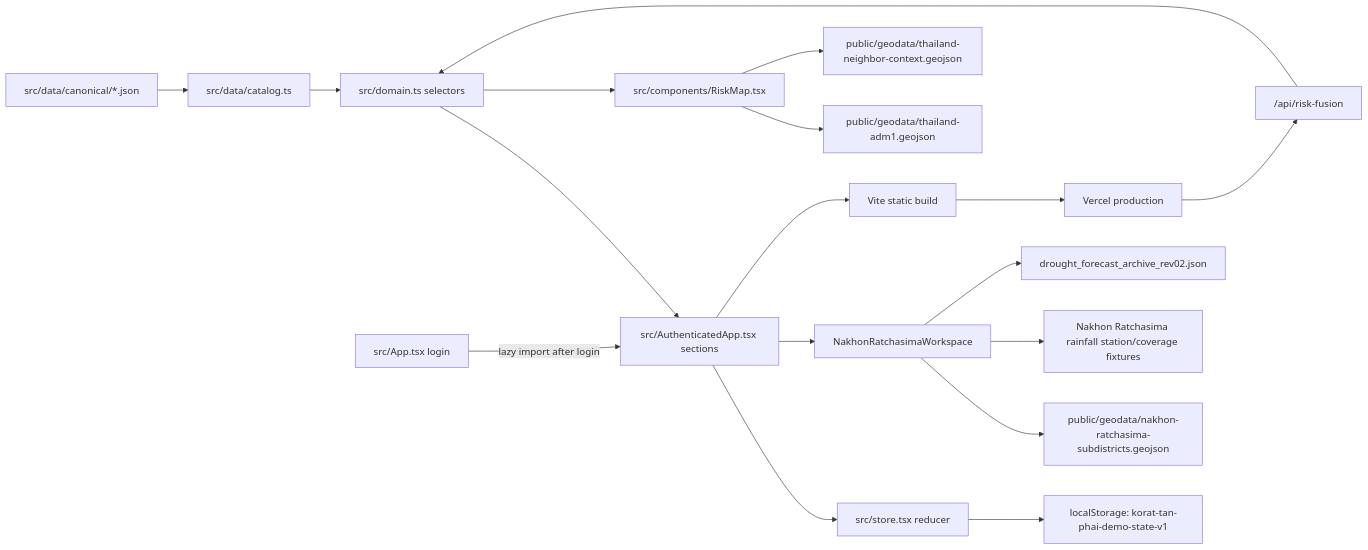
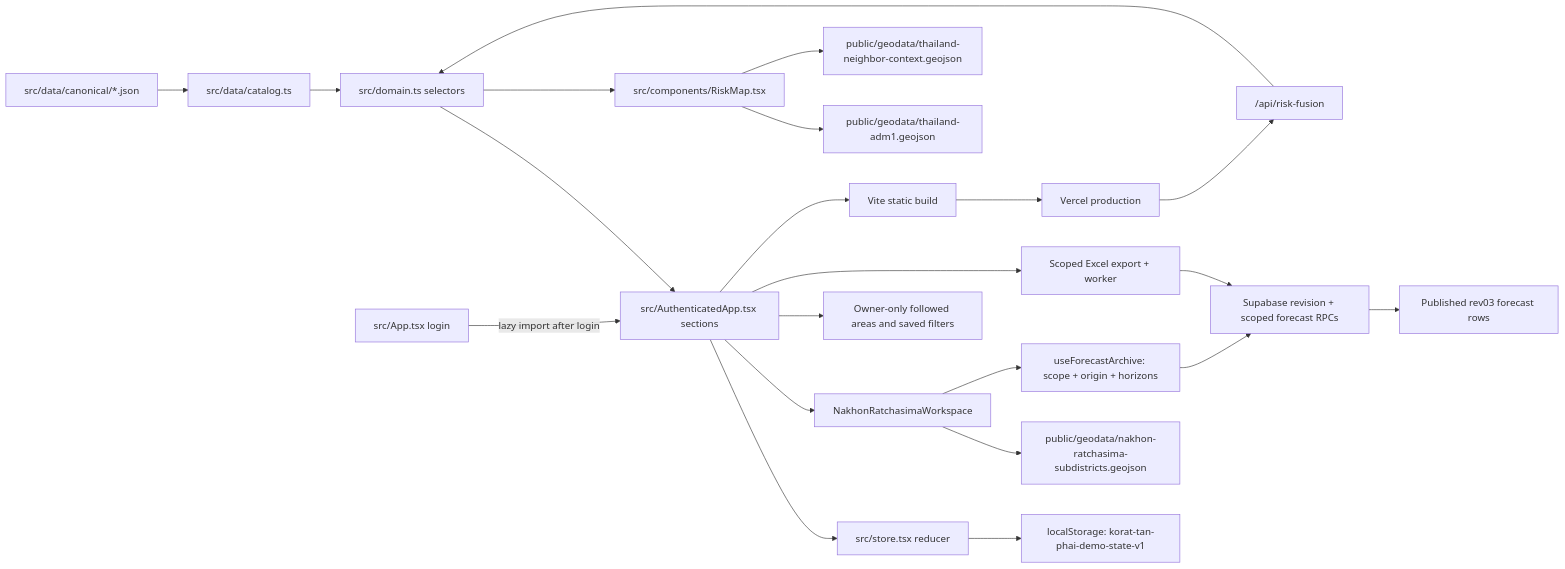
The diagram in PROJECT_MAP.md (purichw/korattanphai), drawn with Mermaid before and after one commit. The commit also changed other lines of this file and 39 other files, not shown here.

````diff
--- a/PROJECT_MAP.md
+++ b/PROJECT_MAP.md
@@ -261,20 +271,24 @@
 ```mermaid
 flowchart LR
   A["src/data/canonical/*.json"] --> B["src/data/catalog.ts"]
   B --> C["src/domain.ts selectors"]
   C --> D["src/AuthenticatedApp.tsx sections"]
   Login["src/App.tsx login"] -->|lazy import after login| D
   C --> E["src/components/RiskMap.tsx"]
   D --> F["src/store.tsx reducer"]
   F --> G["localStorage: korat-tan-phai-demo-state-v1"]
   E --> H["public/geodata/thailand-adm1.geojson"]
   E --> K["public/geodata/thailand-neighbor-context.geojson"]
   D --> M["NakhonRatchasimaWorkspace"]
   M --> N["public/geodata/nakhon-ratchasima-subdistricts.geojson"]
-  M --> O["Nakhon Ratchasima rainfall station/coverage fixtures"]
-  M --> P["drought_forecast_archive_rev02.json"]
+  M --> P["useForecastArchive: scope + origin + horizons"]
+  P --> RPC["Supabase revision + scoped forecast RPCs"]
+  RPC --> Rows["Published rev03 forecast rows"]
+  D --> Saved["Owner-only followed areas and saved filters"]
+  D --> Export["Scoped Excel export + worker"]
+  Export --> RPC
   D --> I["Vite static build"]
   I --> J["Vercel production"]
   J --> L["/api/risk-fusion"]
   L --> C
 ```
````
